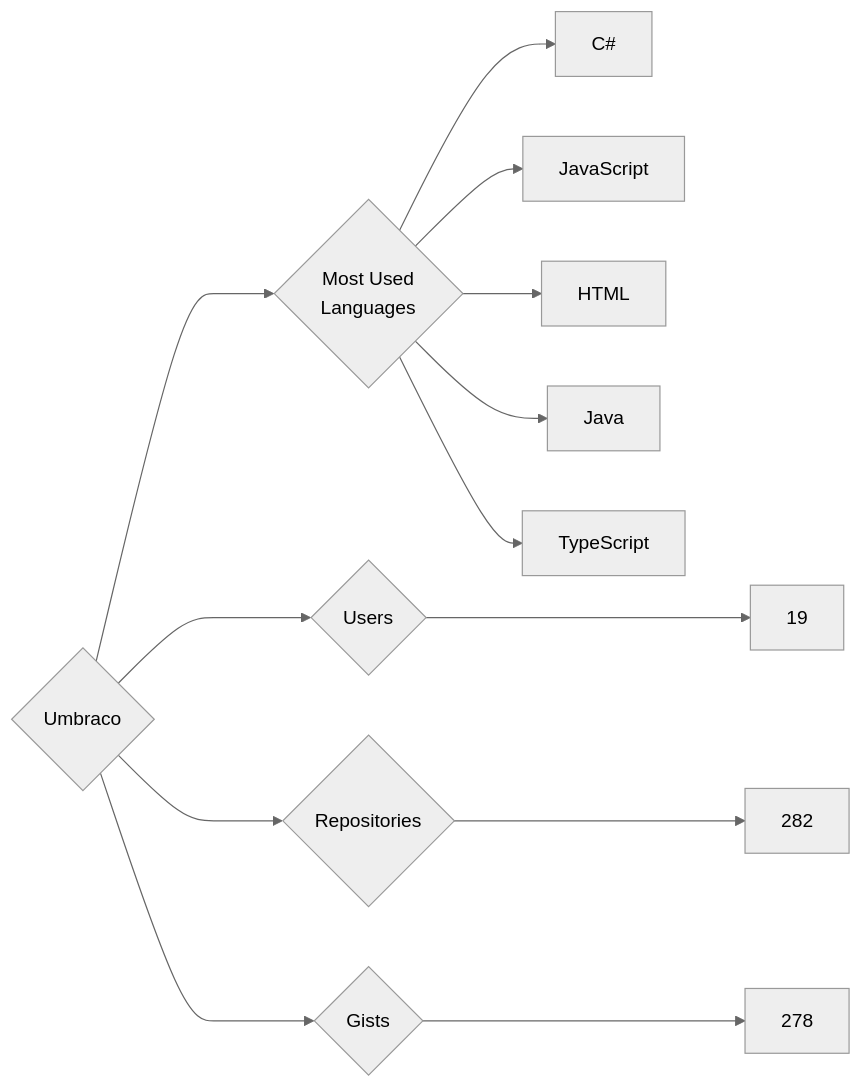
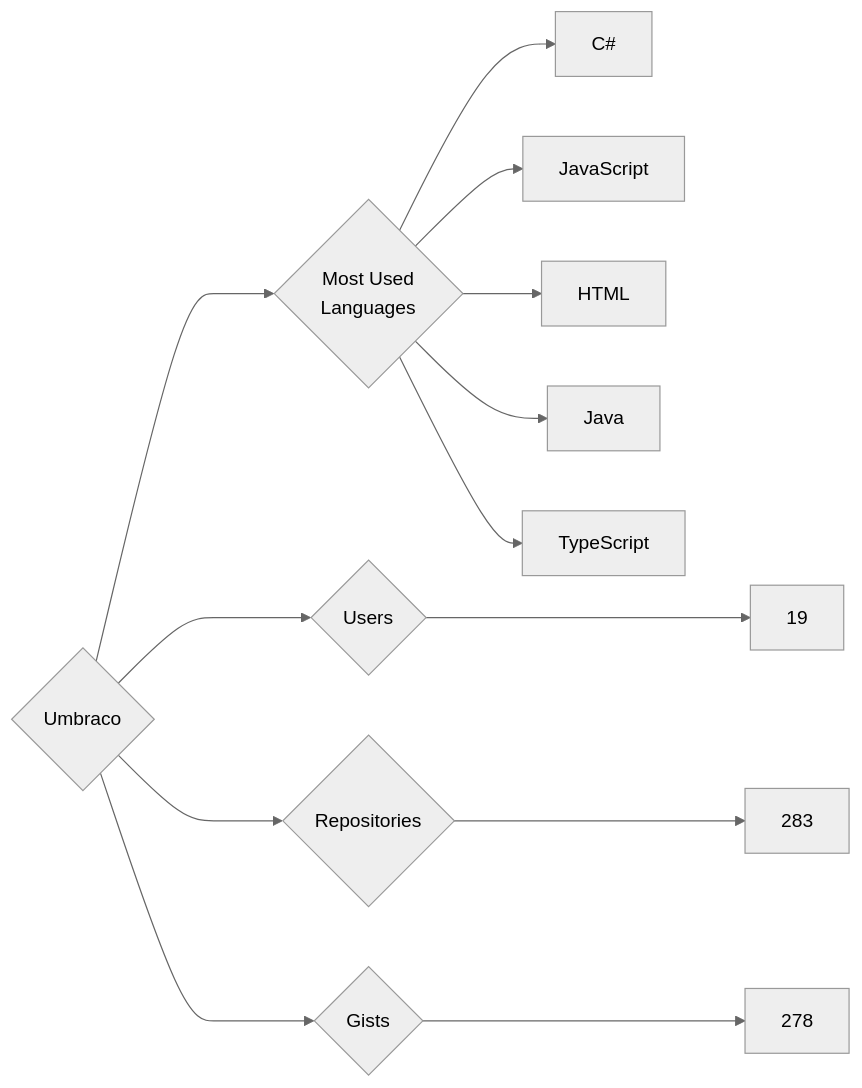
Before and after one commit to trickest/insiders: the diagram in targets/Umbraco/README.md, drawn with Mermaid (neutral theme). The commit also changed 814 other files, not shown here.

````diff
--- a/targets/Umbraco/README.md
+++ b/targets/Umbraco/README.md
@@ -3,13 +3,13 @@
 ```mermaid
 graph LR
 COMPANY_NAME{Umbraco}
 COMPANY_NAME ---> U{Users} ---> UN[19]
-COMPANY_NAME ---> R{Repositories} ---> RN[282]
+COMPANY_NAME ---> R{Repositories} ---> RN[283]
 COMPANY_NAME ---> G{Gists} ---> GN[278]
 COMPANY_NAME ---> ML{Most Used<br>Languages}
 ML --> C#[C#]
 ML --> JavaScript[JavaScript]
 ML --> HTML[HTML]
 ML --> Java[Java]
 ML --> TypeScript[TypeScript]
 ```
````
